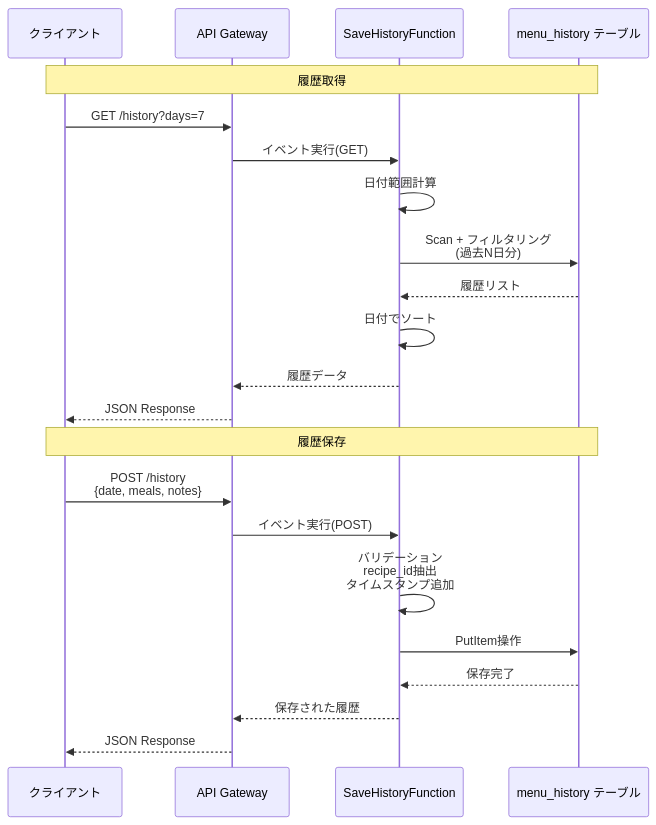
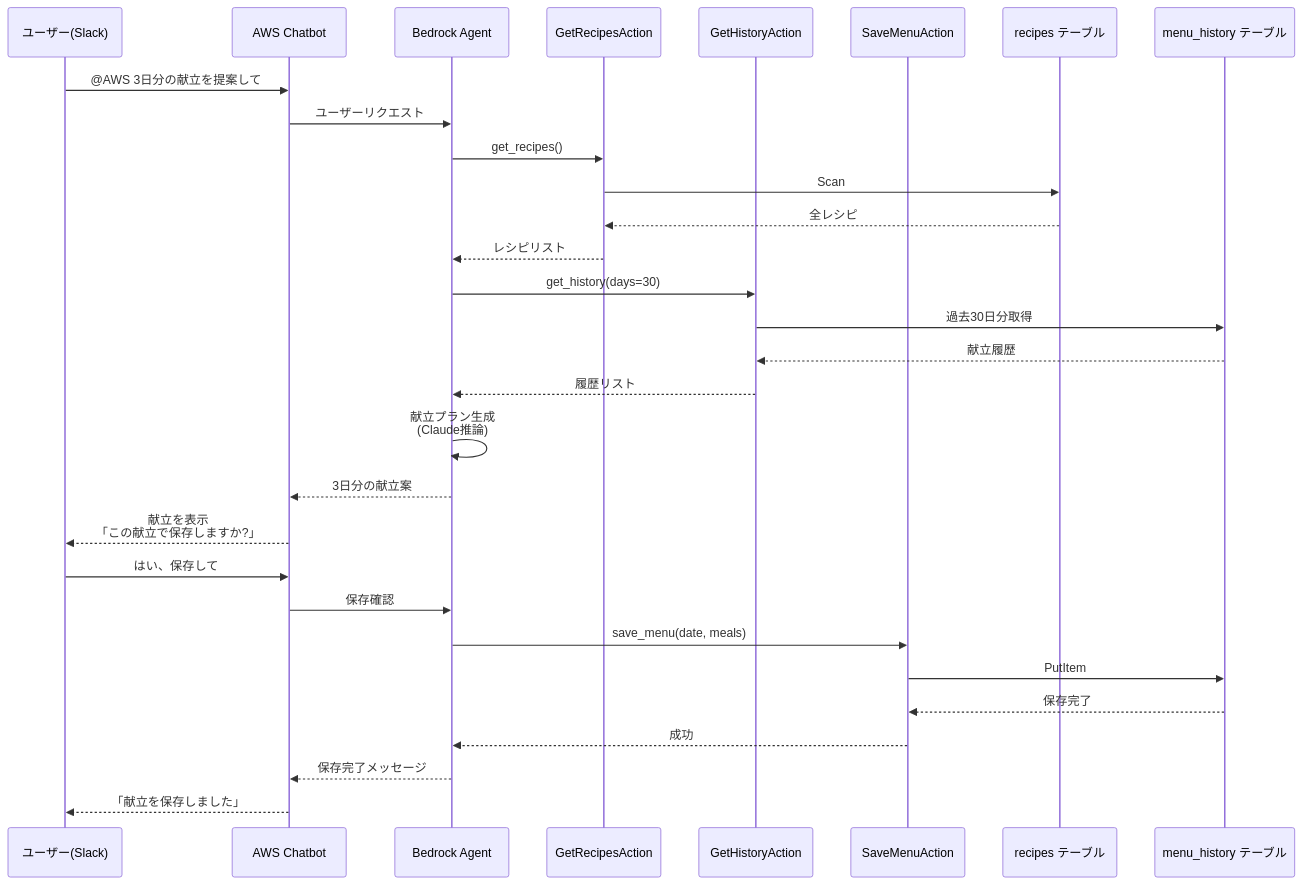
Before and after one commit to takuya29/kondate-planner: the second of 2 diagrams in README.md, drawn with Mermaid. The commit also changed other lines of this file and 25 other files, not shown here.

Commit message:
Use Bedrock Agent + Developer Q + Slack (#30)

````diff
--- a/README.md
+++ b/README.md
@@ -124,26 +69,39 @@
 ```mermaid
 sequenceDiagram
-    participant Client as クライアント
-    participant APIGW as API Gateway
-    participant Lambda as SaveHistoryFunction
-    participant DB as menu_history テーブル
+    participant User as ユーザー(Slack)
+    participant Chatbot as AWS Chatbot
+    participant Agent as Bedrock Agent
+    participant GetRecipes as GetRecipesAction
+    participant GetHistory as GetHistoryAction
+    participant SaveMenu as SaveMenuAction
+    participant RecipesDB as recipes テーブル
+    participant HistoryDB as menu_history テーブル
 
-    Note over Client,DB: 履歴取得
-    Client->>APIGW: GET /history?days=7
-    APIGW->>Lambda: イベント実行(GET)
-    Lambda->>Lambda: 日付範囲計算
-    Lambda->>DB: Scan + フィルタリング<br/>(過去N日分)
-    DB-->>Lambda: 履歴リスト
-    Lambda->>Lambda: 日付でソート
-    Lambda-->>APIGW: 履歴データ
-    APIGW-->>Client: JSON Response
+    User->>Chatbot: @AWS 3日分の献立を提案して
+    Chatbot->>Agent: ユーザーリクエスト
 
-    Note over Client,DB: 履歴保存
-    Client->>APIGW: POST /history<br/>{date, meals, notes}
-    APIGW->>Lambda: イベント実行(POST)
-    Lambda->>Lambda: バリデーション<br/>recipe_id抽出<br/>タイムスタンプ追加
-    Lambda->>DB: PutItem操作
-    DB-->>Lambda: 保存完了
-    Lambda-->>APIGW: 保存された履歴
-    APIGW-->>Client: JSON Response
+    Agent->>GetRecipes: get_recipes()
+    GetRecipes->>RecipesDB: Scan
+    RecipesDB-->>GetRecipes: 全レシピ
+    GetRecipes-->>Agent: レシピリスト
+
+    Agent->>GetHistory: get_history(days=30)
+    GetHistory->>HistoryDB: 過去30日分取得
+    HistoryDB-->>GetHistory: 献立履歴
+    GetHistory-->>Agent: 履歴リスト
+
+    Agent->>Agent: 献立プラン生成<br/>(Claude推論)
+    Agent-->>Chatbot: 3日分の献立案
+    Chatbot-->>User: 献立を表示<br/>「この献立で保存しますか?」
+
+    User->>Chatbot: はい、保存して
+    Chatbot->>Agent: 保存確認
+
+    Agent->>SaveMenu: save_menu(date, meals)
+    SaveMenu->>HistoryDB: PutItem
+    HistoryDB-->>SaveMenu: 保存完了
+    SaveMenu-->>Agent: 成功
+
+    Agent-->>Chatbot: 保存完了メッセージ
+    Chatbot-->>User: 「献立を保存しました」
 ```
````
